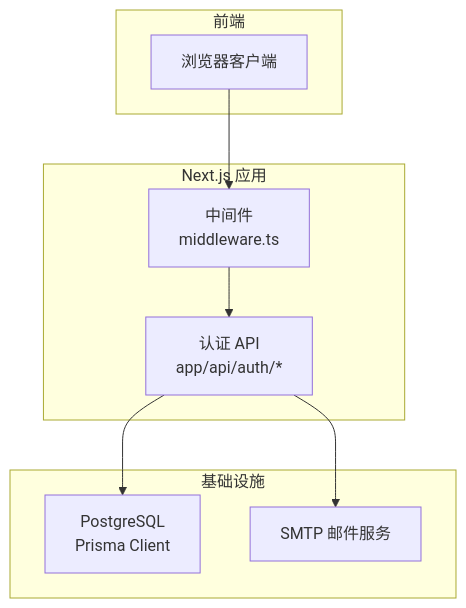
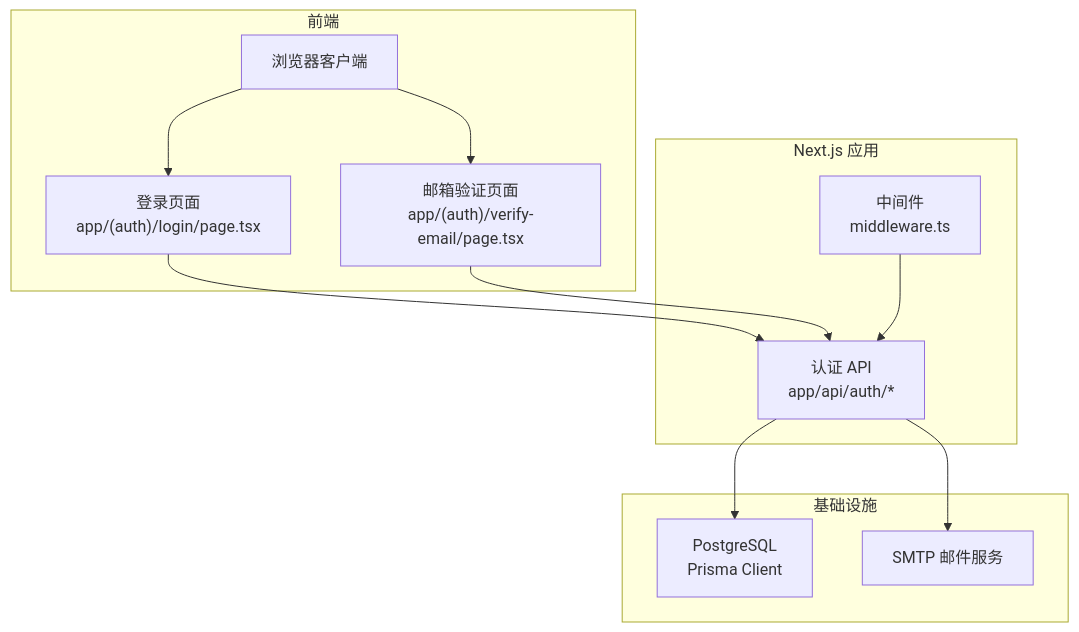
The first of 10 diagrams in .qoder/repowiki/zh/content/用户认证系统/用户认证系统.md (kangkang919/xinya), drawn with Mermaid before and after one commit. The commit also changed other lines of this file and 35 other files, not shown here.

````diff
--- a/.qoder/repowiki/zh/content/用户认证系统/用户认证系统.md
+++ b/.qoder/repowiki/zh/content/用户认证系统/用户认证系统.md
@@ -46,18 +59,23 @@
 ```mermaid
 graph TB
 subgraph "前端"
 UI["浏览器客户端"]
+LOGIN["登录页面<br/>app/(auth)/login/page.tsx"]
+VERIFY["邮箱验证页面<br/>app/(auth)/verify-email/page.tsx"]
 end
 subgraph "Next.js 应用"
 MW["中间件<br/>middleware.ts"]
 API_AUTH["认证 API<br/>app/api/auth/*"]
 end
 subgraph "基础设施"
 DB["PostgreSQL<br/>Prisma Client"]
 MAIL["SMTP 邮件服务"]
 end
-UI --> MW
+UI --> LOGIN
+UI --> VERIFY
+LOGIN --> API_AUTH
+VERIFY --> API_AUTH
 MW --> API_AUTH
 API_AUTH --> DB
 API_AUTH --> MAIL
 ```
````
